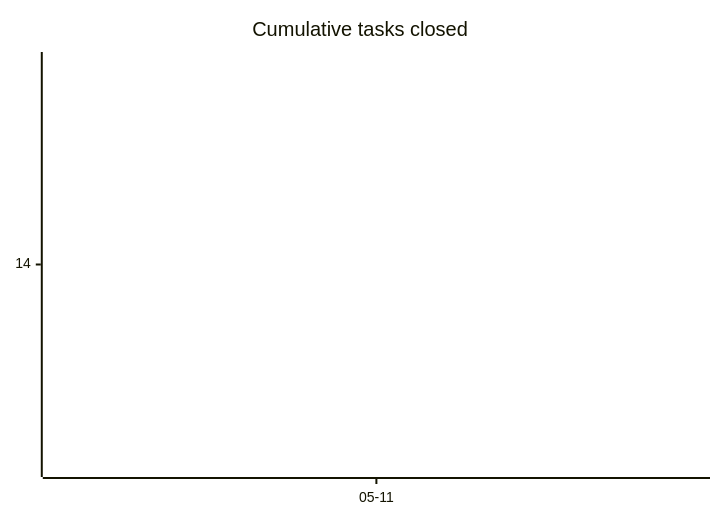
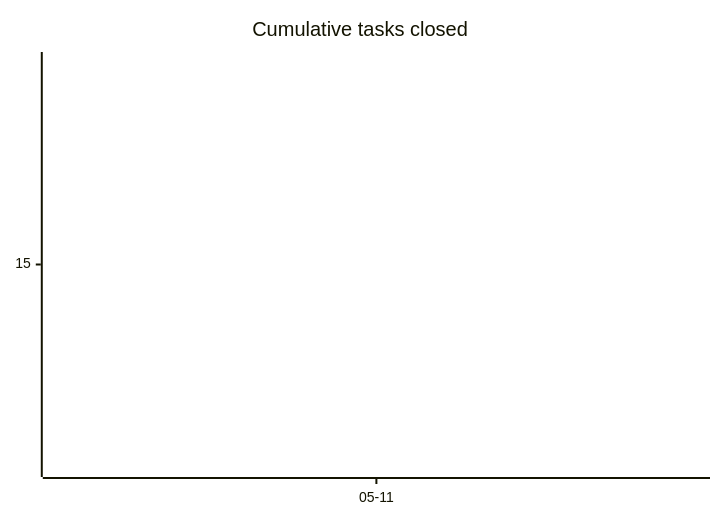
Before and after one commit to tgd1975/AwesomeGuitarPedal: the first of 3 diagrams in docs/developers/tasks/OVERVIEW.md, drawn with Mermaid. The commit also changed other lines of this file and 5 other files, not shown here.

````diff
--- a/docs/developers/tasks/OVERVIEW.md
+++ b/docs/developers/tasks/OVERVIEW.md
@@ -22,6 +22,6 @@
 ```mermaid
 xychart-beta
     title "Cumulative tasks closed"
     x-axis ["05-11"]
-    line [14]
+    line [15]
 ```
````
